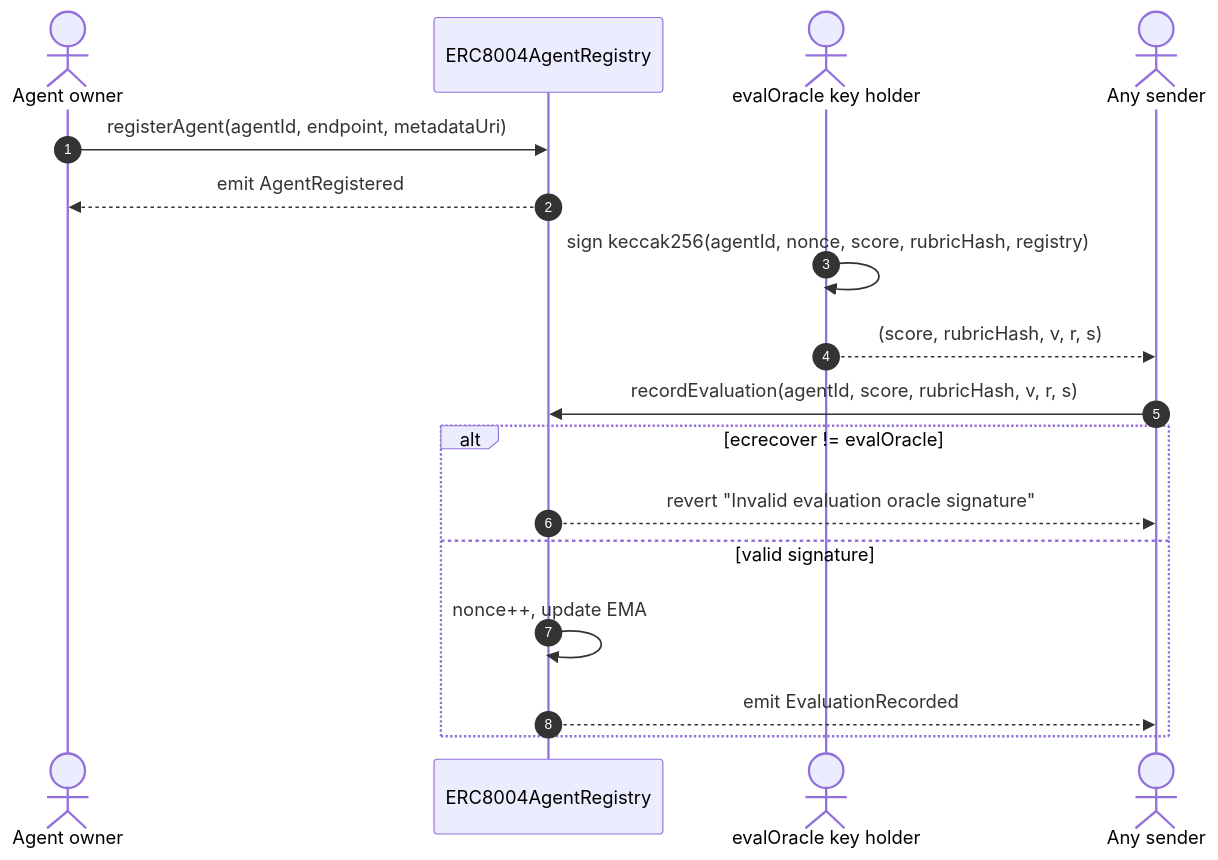
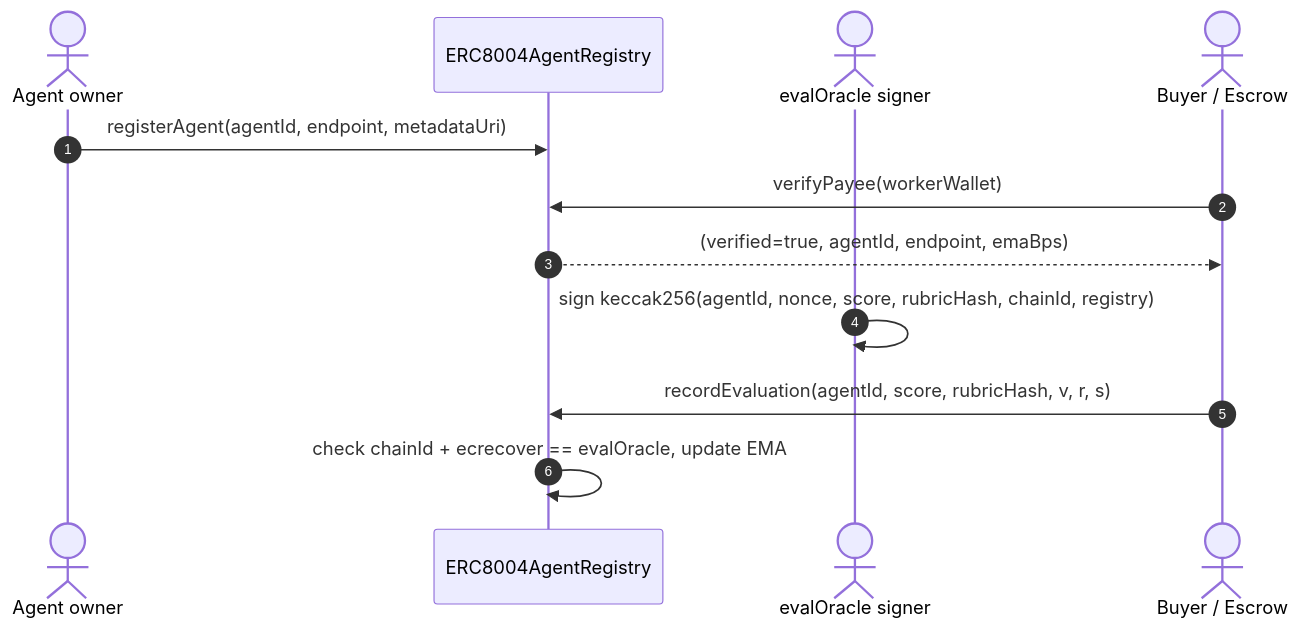
The diagram in README.md (manderson240/erc8004-agent-reputation), drawn with Mermaid before and after one commit. The commit also changed other lines of this file and 9 other files, not shown here.

Commit message:
feat: add chainId binding, admin/oracle rotation, verifyPayee, Solidity keccak parity

````diff
--- a/README.md
+++ b/README.md
@@ -75,22 +61,15 @@
 ```mermaid
 sequenceDiagram
     autonumber
     actor Owner as Agent owner
     participant Registry as ERC8004AgentRegistry
-    actor Oracle as evalOracle key holder
-    actor Sender as Any sender
+    actor Oracle as evalOracle signer
+    actor Escrow as Buyer / Escrow
 
     Owner->>Registry: registerAgent(agentId, endpoint, metadataUri)
-    Registry-->>Owner: emit AgentRegistered
-
-    Oracle->>Oracle: sign keccak256(agentId, nonce, score, rubricHash, registry)
-    Oracle-->>Sender: (score, rubricHash, v, r, s)
-
-    Sender->>Registry: recordEvaluation(agentId, score, rubricHash, v, r, s)
-    alt ecrecover != evalOracle
-        Registry-->>Sender: revert "Invalid evaluation oracle signature"
-    else valid signature
-        Registry->>Registry: nonce++, update EMA
-        Registry-->>Sender: emit EvaluationRecorded
-    end
+    Escrow->>Registry: verifyPayee(workerWallet)
+    Registry-->>Escrow: (verified=true, agentId, endpoint, emaBps)
+    Oracle->>Oracle: sign keccak256(agentId, nonce, score, rubricHash, chainId, registry)
+    Escrow->>Registry: recordEvaluation(agentId, score, rubricHash, v, r, s)
+    Registry->>Registry: check chainId + ecrecover == evalOracle, update EMA
 ```
````
